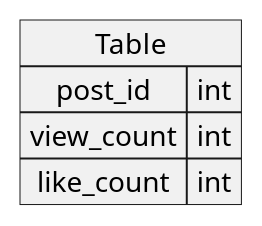
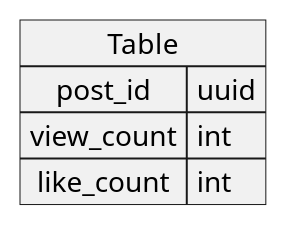
One commit to Navalgan/Service-oriented-architectures changed the diagram in doc/ER-statistic.puml. Above: the diagram before and after it, drawn with PlantUML. The commit also changed 24 other files, not shown here.

```diff
--- a/doc/ER-statistic.puml
+++ b/doc/ER-statistic.puml
@@ -1,7 +1,7 @@
 @startuml
 map Table {
- post_id => int
+ post_id => uuid
  view_count => int
  like_count => int
 }
 @enduml
```
